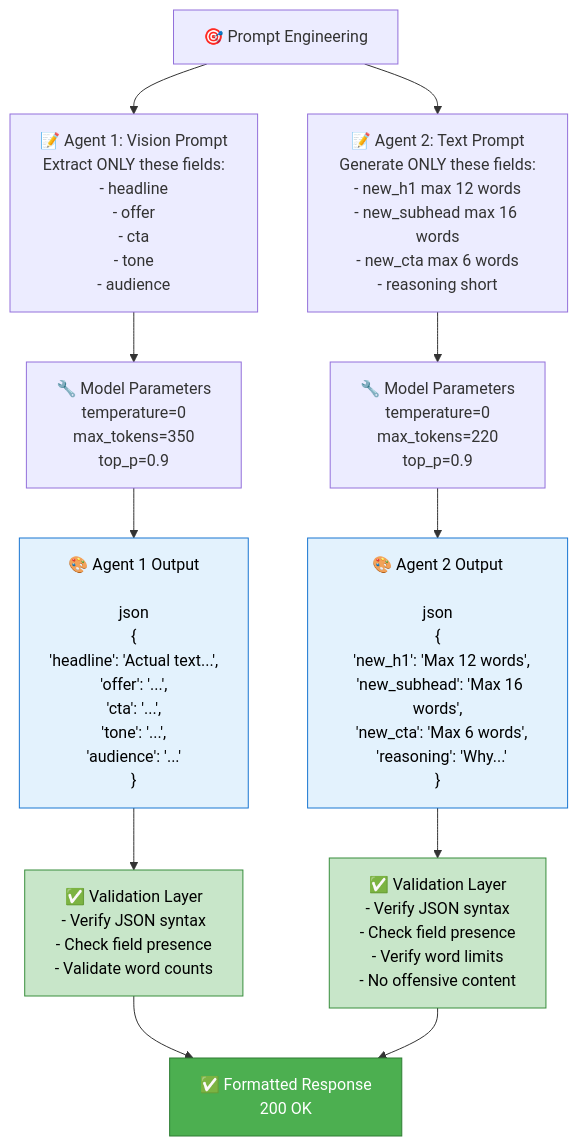
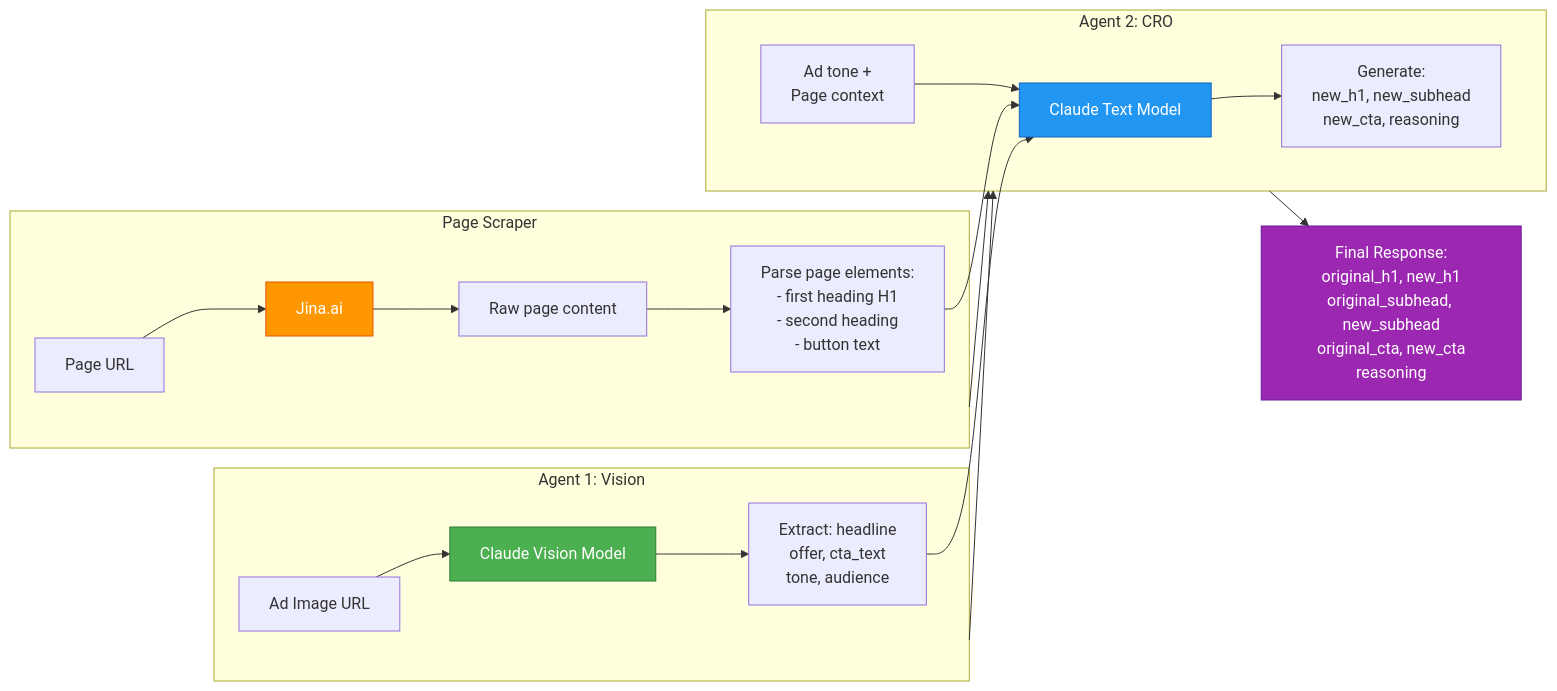
The fourth of 5 diagrams in README.md (ApexYash11/Troopod-assigment), drawn with Mermaid before and after one commit. The commit also changed other lines of this file and 7 other files, not shown here.

````diff
--- a/README.md
+++ b/README.md
@@ -457,29 +145,29 @@
 ```mermaid
-graph TD
-    START["🎯 Prompt Engineering"]
+graph LR
+    subgraph Agent1["Agent 1: Vision"]
+        I1["Ad Image URL"] --> M1["Claude Vision Model"]
+        M1 --> O1["Extract: headline<br/>offer, cta_text<br/>tone, audience"]
+    end
     
-    START --> P1["📝 Agent 1: Vision Prompt<br/>Extract ONLY these fields:<br/>- headline<br/>- offer<br/>- cta<br/>- tone<br/>- audience"]
+    subgraph Scraper["Page Scraper"]
+        I2["Page URL"] --> J["Jina.ai"]
+        J --> O2["Raw page content"]
+        O2 --> P["Parse page elements:<br/>- first heading H1<br/>- second heading<br/>- button text"]
+    end
     
-    START --> P2["📝 Agent 2: Text Prompt<br/>Generate ONLY these fields:<br/>- new_h1 max 12 words<br/>- new_subhead max 16 words<br/>- new_cta max 6 words<br/>- reasoning short"]
+    subgraph Agent2["Agent 2: CRO"]
+        O1 --> M2["Claude Text Model"]
+        P --> M2
+        O3["Ad tone +<br/>Page context"] --> M2
+        M2 --> O3A["Generate:<br/>new_h1, new_subhead<br/>new_cta, reasoning"]
+    end
     
-    P1 --> M1["🔧 Model Parameters<br/>temperature=0<br/>max_tokens=350<br/>top_p=0.9"]
+    Agent1 --> Agent2
+    Scraper --> Agent2
+    Agent2 --> Result["Final Response:<br/>original_h1, new_h1<br/>original_subhead, new_subhead<br/>original_cta, new_cta<br/>reasoning"]
     
-    P2 --> M2["🔧 Model Parameters<br/>temperature=0<br/>max_tokens=220<br/>top_p=0.9"]
-    
-    M1 --> E1["🎨 Agent 1 Output<br/><br/>json<br/>{<br/>  'headline': 'Actual text...',<br/>  'offer': '...',<br/>  'cta': '...',<br/>  'tone': '...',<br/>  'audience': '...'<br/>}"]
-    
-    M2 --> E2["🎨 Agent 2 Output<br/><br/>json<br/>{<br/>  'new_h1': 'Max 12 words',<br/>  'new_subhead': 'Max 16 words',<br/>  'new_cta': 'Max 6 words',<br/>  'reasoning': 'Why...'<br/>}"]
-    
-    E1 --> V1["✅ Validation Layer<br/>- Verify JSON syntax<br/>- Check field presence<br/>- Validate word counts"]
-    
-    E2 --> V2["✅ Validation Layer<br/>- Verify JSON syntax<br/>- Check field presence<br/>- Verify word limits<br/>- No offensive content"]
-    
-    V1 --> F["✅ Formatted Response<br/>200 OK"]
-    V2 --> F
-    
-    style E1 fill:#E3F2FD,stroke:#1976D2,color:#000
-    style E2 fill:#E3F2FD,stroke:#1976D2,color:#000
-    style V1 fill:#C8E6C9,stroke:#388E3C,color:#000
-    style V2 fill:#C8E6C9,stroke:#388E3C,color:#000
-    style F fill:#4CAF50,stroke:#2E7D32,color:#fff
+    style M1 fill:#4CAF50,stroke:#2E7D32,color:#fff
+    style M2 fill:#2196F3,stroke:#1565C0,color:#fff
+    style J fill:#FF9800,stroke:#E65100,color:#fff
+    style Result fill:#9C27B0,stroke:#6A1B9A,color:#fff
 ```
````
